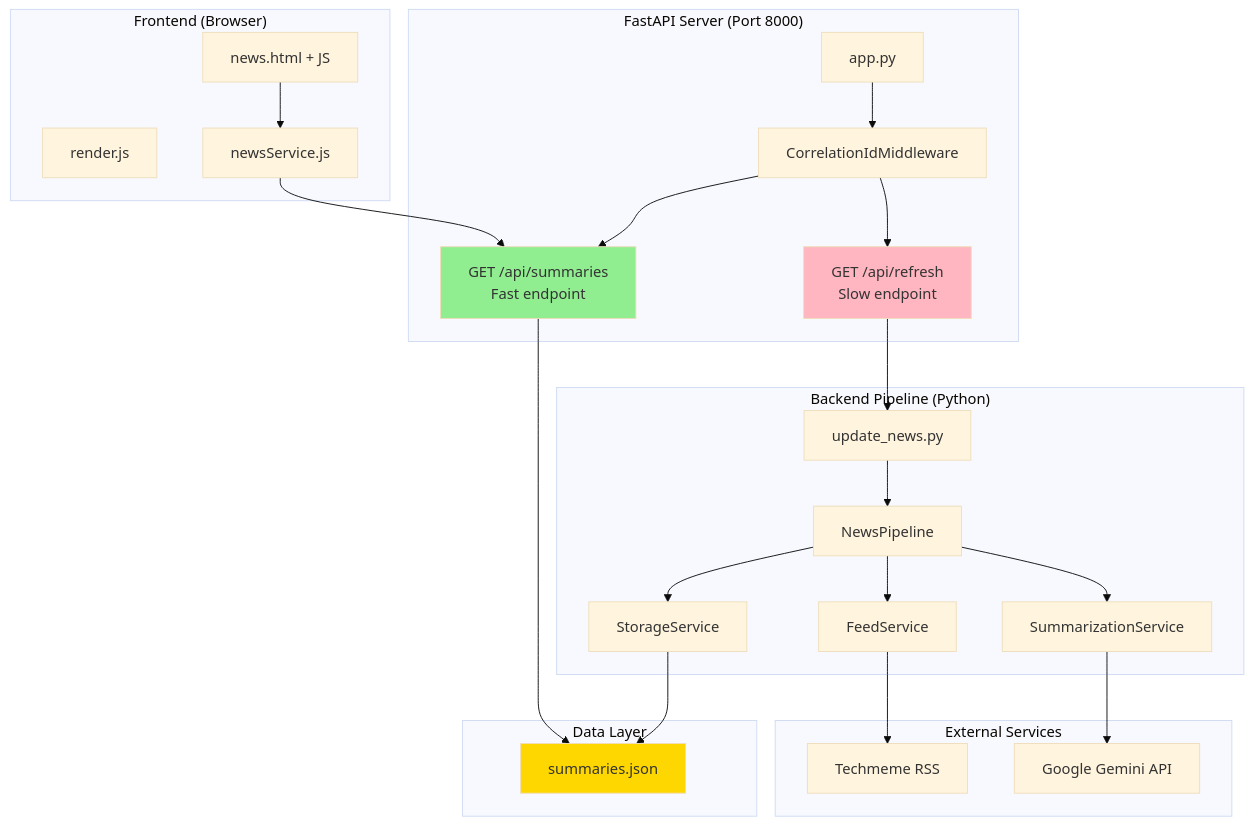
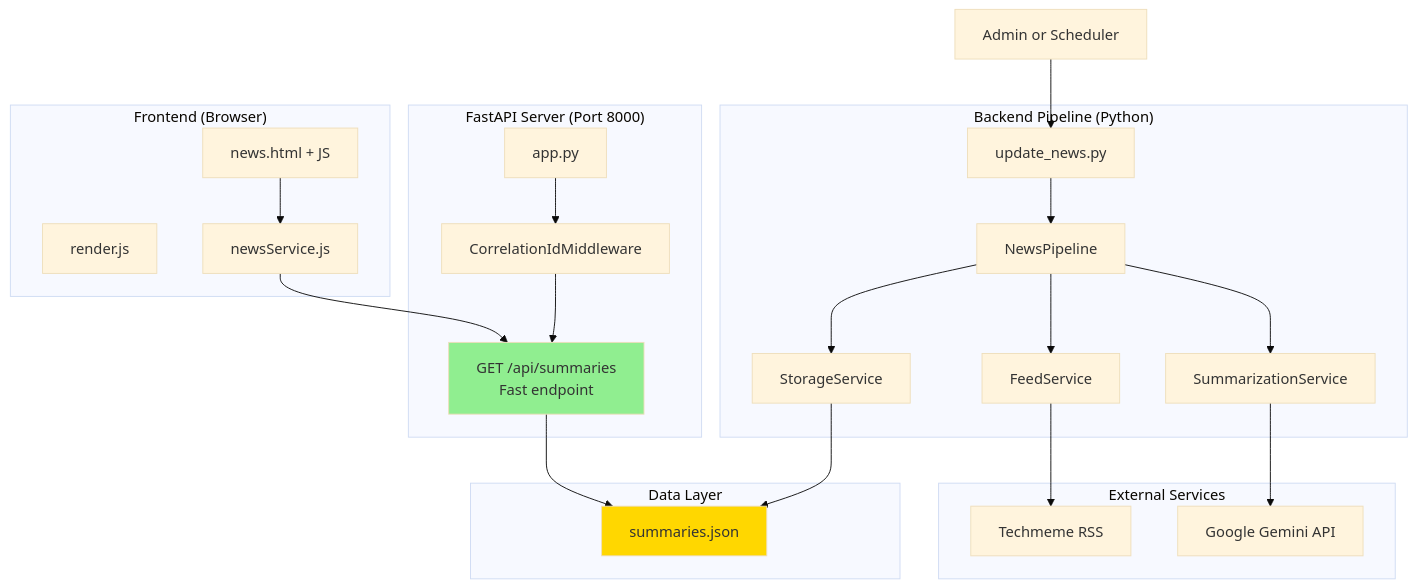
The fourth of 4 diagrams in docs/ARCHITECTURE_DIAGRAMS.md (toilathuc/Summarize-with-AI), drawn with Mermaid (base theme) before and after one commit. The commit also changed other lines of this file and 23 other files, not shown here.

````diff
--- a/docs/ARCHITECTURE_DIAGRAMS.md
+++ b/docs/ARCHITECTURE_DIAGRAMS.md
@@ -306,55 +273,54 @@
 ```mermaid
 graph TB
     subgraph "Frontend (Browser)"
         UI[news.html + JS]
         UI_Render[render.js]
         UI_Service[newsService.js]
     end
-    
+
     subgraph "FastAPI Server (Port 8000)"
         API[app.py]
         Middleware[CorrelationIdMiddleware]
         Fast[GET /api/summaries<br/>Fast endpoint]
-        Slow[GET /api/refresh<br/>Slow endpoint]
     end
-    
+
     subgraph "Backend Pipeline (Python)"
         CLI[update_news.py]
         Pipeline[NewsPipeline]
         FeedSvc[FeedService]
         SumSvc[SummarizationService]
         Storage[StorageService]
     end
-    
+
     subgraph "External Services"
         Techmeme[Techmeme RSS]
         Gemini[Google Gemini API]
     end
-    
+
     subgraph "Data Layer"
         JSON[summaries.json]
     end
-    
+
+    Admin[Admin or Scheduler]
+
     UI --> UI_Service
     UI_Service --> Fast
     Fast --> JSON
-    
-    Slow --> CLI
+
+    Admin --> CLI
     CLI --> Pipeline
-    
+
     Pipeline --> FeedSvc
     Pipeline --> SumSvc
     Pipeline --> Storage
-    
+
     FeedSvc --> Techmeme
     SumSvc --> Gemini
     Storage --> JSON
-    
+
     API --> Middleware
     Middleware --> Fast
-    Middleware --> Slow
-    
+
     style Fast fill:#90EE90
-    style Slow fill:#FFB6C1
     style JSON fill:#FFD700
 ```
````
